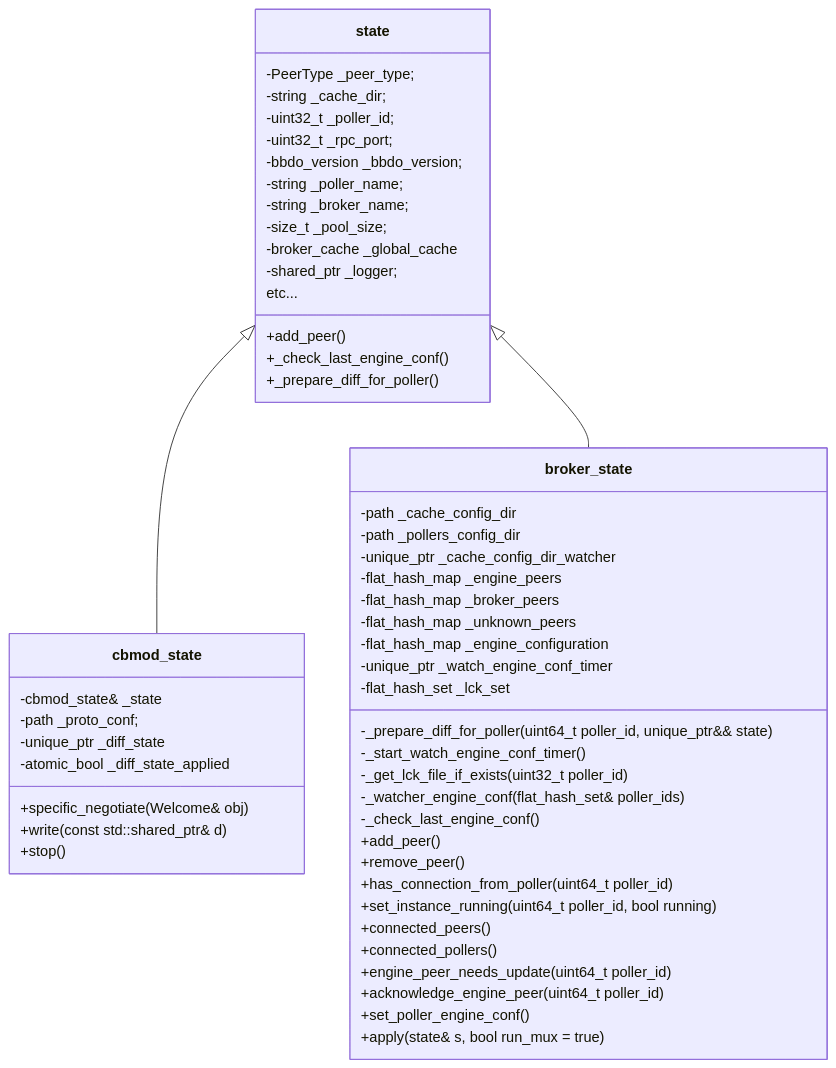
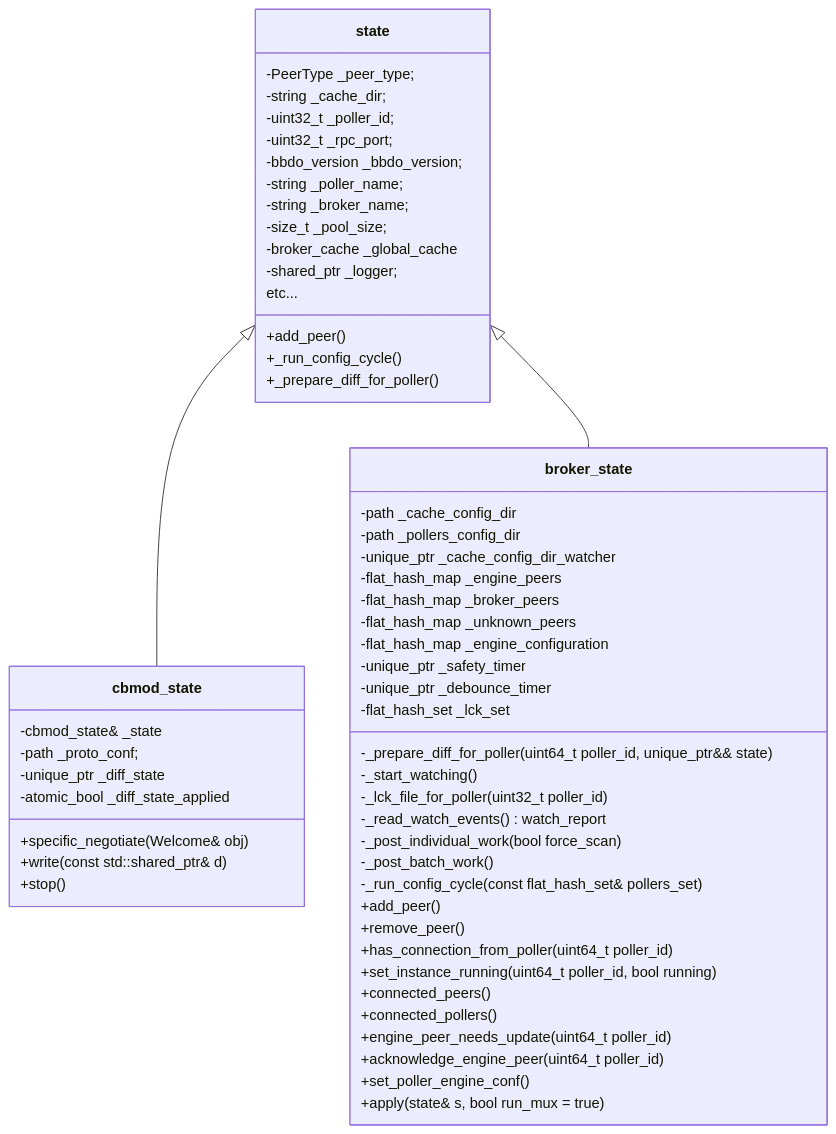
Before and after one commit to centreon/centreon-collect: diagram 18 of 43 in doc/nego-engine-broker-en.md, drawn with Mermaid. The commit also changed other lines of this file and 26 other files, not shown here.

First line of the commit message:
enh(broker): the engine configuration watcher only wakes up on inotify events

````diff
--- a/doc/nego-engine-broker-en.md
+++ b/doc/nego-engine-broker-en.md
@@ -1294,57 +1768,60 @@
 ```mermaid
 classDiagram
     class state {
         -PeerType _peer_type;
         -string _cache_dir;
         -uint32_t _poller_id;
         -uint32_t _rpc_port;
         -bbdo_version _bbdo_version;
         -string _poller_name;
         -string _broker_name;
         -size_t _pool_size;
         -broker_cache _global_cache
         -shared_ptr<spdlog::logger> _logger;
 
         +add_peer()
-        +_check_last_engine_conf()
+        +_run_config_cycle()
         +_prepare_diff_for_poller()
         etc...
     }
     class cbmod_state {
         -cbmod_state& _state
         -path _proto_conf;
         -unique_ptr<DiffState> _diff_state
         -atomic_bool _diff_state_applied
         +specific_negotiate(Welcome& obj)
         +write(const std::shared_ptr<io::data>& d)
         +stop()
     }
     class broker_state {
         -path _cache_config_dir
         -path _pollers_config_dir
         -unique_ptr<directory_watcher> _cache_config_dir_watcher
         -flat_hash_map<peer_key, engine_peer> _engine_peers
         -flat_hash_map<peer_key, broker_peer> _broker_peers
         -flat_hash_map<peer_key, unknown_peer> _unknown_peers
         -flat_hash_map<uint64_t, string> _engine_configuration
-        -unique_ptr<steady_timer> _watch_engine_conf_timer
+        -unique_ptr<steady_timer> _safety_timer
+        -unique_ptr<steady_timer> _debounce_timer
         -flat_hash_set<uint32_t> _lck_set
         -_prepare_diff_for_poller(uint64_t poller_id, unique_ptr<State>&& state)
-        -_start_watch_engine_conf_timer()
-        -_get_lck_file_if_exists(uint32_t poller_id)
-        -_watcher_engine_conf(flat_hash_set<uint32_t>& poller_ids)
-        -_check_last_engine_conf()
+        -_start_watching()
+        -_lck_file_for_poller(uint32_t poller_id)
+        -_read_watch_events() watch_report
+        -_post_individual_work(bool force_scan)
+        -_post_batch_work()
+        -_run_config_cycle(const flat_hash_set<uint32_t>& pollers_set)
         +add_peer()
         +remove_peer()
         +has_connection_from_poller(uint64_t poller_id)
         +set_instance_running(uint64_t poller_id, bool running)
         +connected_peers()
         +connected_pollers()
         +engine_peer_needs_update(uint64_t poller_id)
         +acknowledge_engine_peer(uint64_t poller_id)
         +set_poller_engine_conf()
         +apply(state& s, bool run_mux = true)
     }
     state <|-- cbmod_state
     state <|-- broker_state
 ```
````
